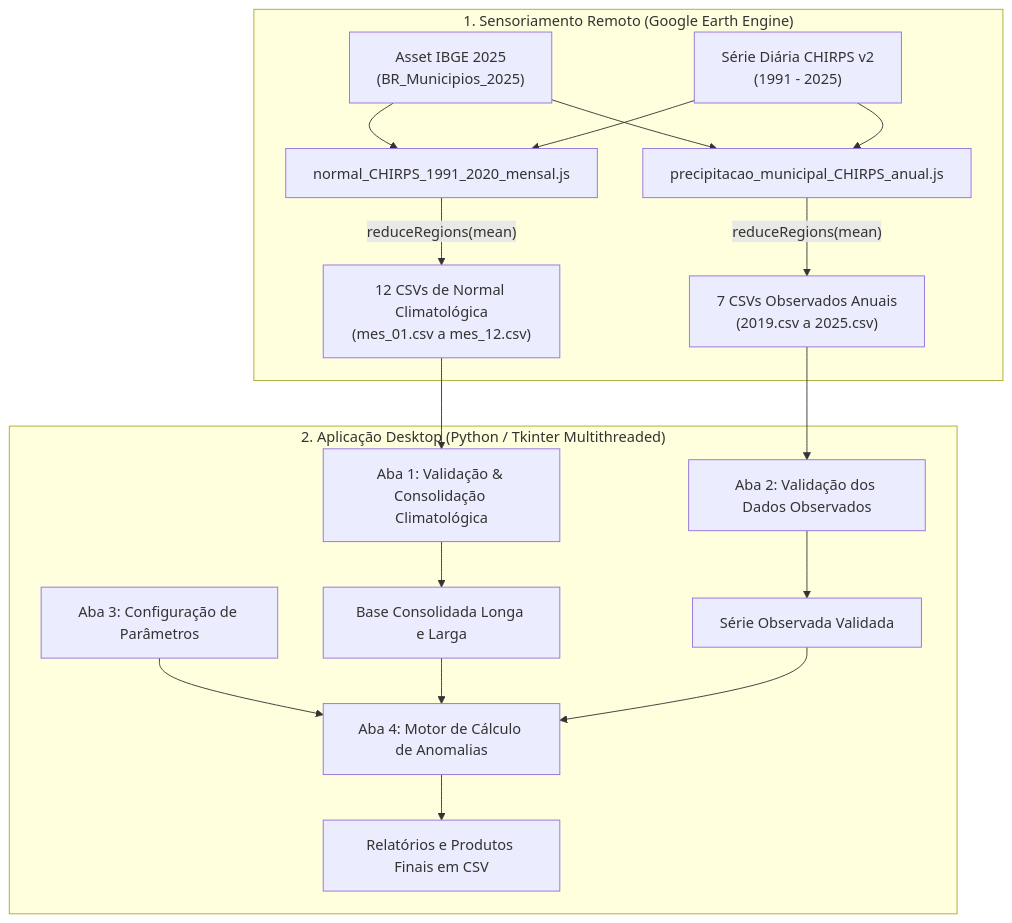
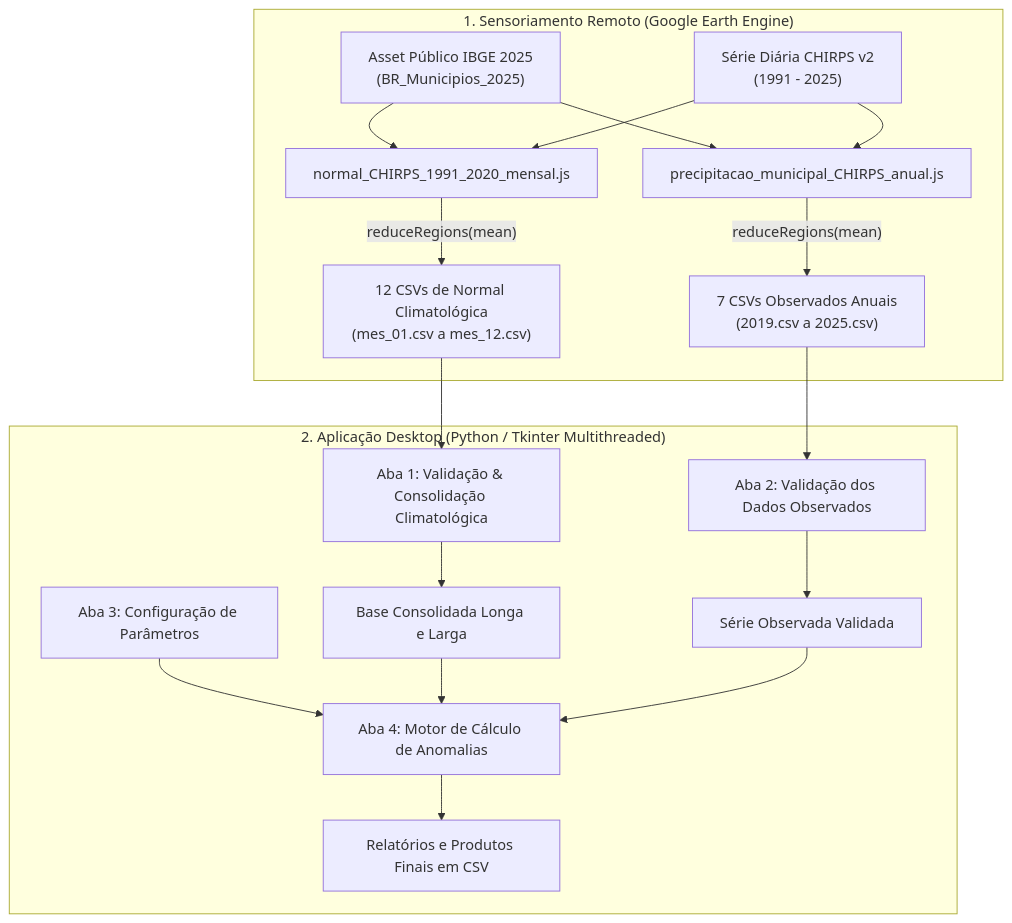
The diagram in README.md (geoigarashi/MP1376), drawn with Mermaid before and after one commit. The commit also changed other lines of this file, not shown here.

Commit message:
docs: adicionar contexto da MP 1376/2026 e acesso publico do asset GEE

````diff
--- a/README.md
+++ b/README.md
@@ -23,25 +23,25 @@
 ```mermaid
 flowchart TD
     subgraph GEE["1. Sensoriamento Remoto (Google Earth Engine)"]
-        A1["Asset IBGE 2025<br/>(BR_Municipios_2025)"] --> B1["normal_CHIRPS_1991_2020_mensal.js"]
+        A1["Asset Público IBGE 2025<br/>(BR_Municipios_2025)"] --> B1["normal_CHIRPS_1991_2020_mensal.js"]
         A1 --> B2["precipitacao_municipal_CHIRPS_anual.js"]
         CHIRPS["Série Diária CHIRPS v2<br/>(1991 - 2025)"] --> B1
         CHIRPS --> B2
         B1 -- "reduceRegions(mean)" --> C1["12 CSVs de Normal Climatológica<br/>(mes_01.csv a mes_12.csv)"]
         B2 -- "reduceRegions(mean)" --> C2["7 CSVs Observados Anuais<br/>(2019.csv a 2025.csv)"]
     end
 
     subgraph APP["2. Aplicação Desktop (Python / Tkinter Multithreaded)"]
         C1 --> D1["Aba 1: Validação & Consolidação Climatológica"]
         C2 --> D2["Aba 2: Validação dos Dados Observados"]
         
         D1 --> E1["Base Consolidada Longa e Larga"]
         D2 --> E2["Série Observada Validada"]
         
         P1["Aba 3: Configuração de Parâmetros"] --> F1["Aba 4: Motor de Cálculo de Anomalias"]
         E1 --> F1
         E2 --> F1
         
         F1 --> G1["Relatórios e Produtos Finais em CSV"]
     end
 ```
````
